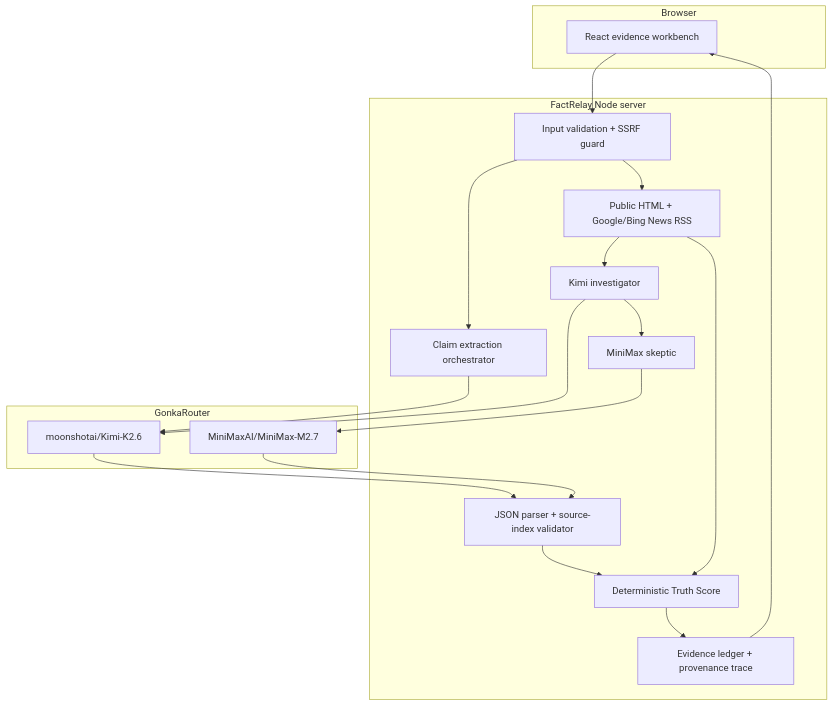
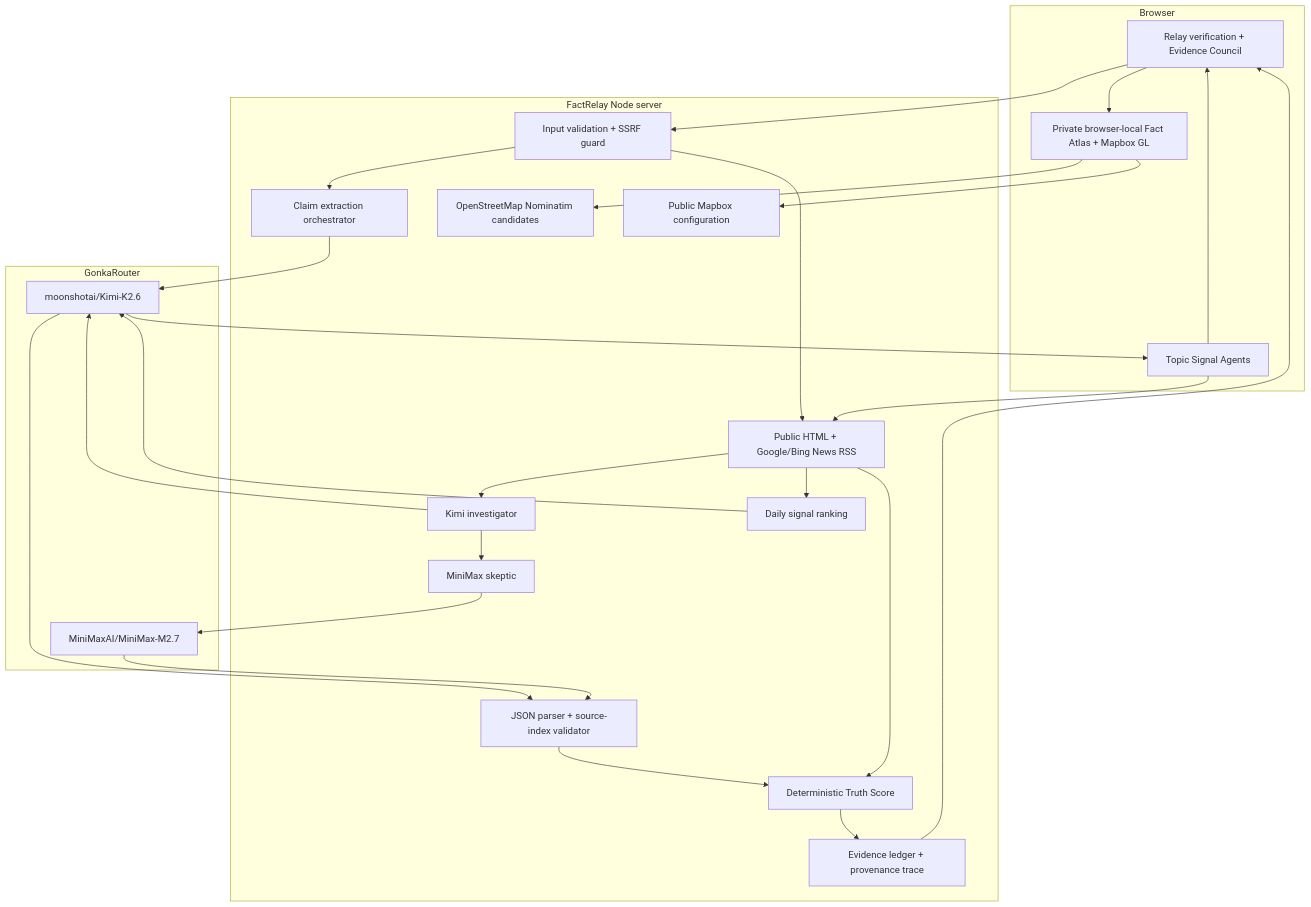
One commit to narratorzhang0307/FactRelay changed the diagram in docs/ARCHITECTURE.md. Above: the diagram before and after it, drawn with Mermaid. The commit also changed other lines of this file and 4 other files, not shown here.

Commit message:
docs: document Fact Atlas product and trust boundaries

````diff
--- a/docs/ARCHITECTURE.md
+++ b/docs/ARCHITECTURE.md
@@ -16,37 +16,50 @@
 ```mermaid
 flowchart TB
     subgraph Browser[Browser]
-        UI[React evidence workbench]
+        Relay[Relay verification + Evidence Council]
+        Atlas[Private browser-local Fact Atlas + Mapbox GL]
+        Signals[Topic Signal Agents]
     end
 
     subgraph Server[FactRelay Node server]
         Guard[Input validation + SSRF guard]
         Extract[Claim extraction orchestrator]
         Retrieve[Public HTML + Google/Bing News RSS]
         Kimi[Kimi investigator]
         MiniMax[MiniMax skeptic]
         Normalize[JSON parser + source-index validator]
         Score[Deterministic Truth Score]
         Report[Evidence ledger + provenance trace]
+        Rank[Daily signal ranking]
+        Geocode[OpenStreetMap Nominatim candidates]
+        MapConfig[Public Mapbox configuration]
     end
 
     subgraph Gonka[GonkaRouter]
         K2[moonshotai/Kimi-K2.6]
         M2[MiniMaxAI/MiniMax-M2.7]
     end
 
-    UI --> Guard
+    Relay --> Guard
     Guard --> Extract
     Guard --> Retrieve
     Extract --> K2
     Retrieve --> Kimi
     Kimi --> K2
     Kimi --> MiniMax
     MiniMax --> M2
     K2 --> Normalize
     M2 --> Normalize
     Normalize --> Score
     Retrieve --> Score
     Score --> Report
-    Report --> UI
+    Report --> Relay
+    Relay --> Atlas
+    Signals --> Retrieve
+    Retrieve --> Rank
+    Rank --> K2
+    K2 --> Signals
+    Signals --> Relay
+    Atlas --> Geocode
+    Atlas --> MapConfig
 ```
````
